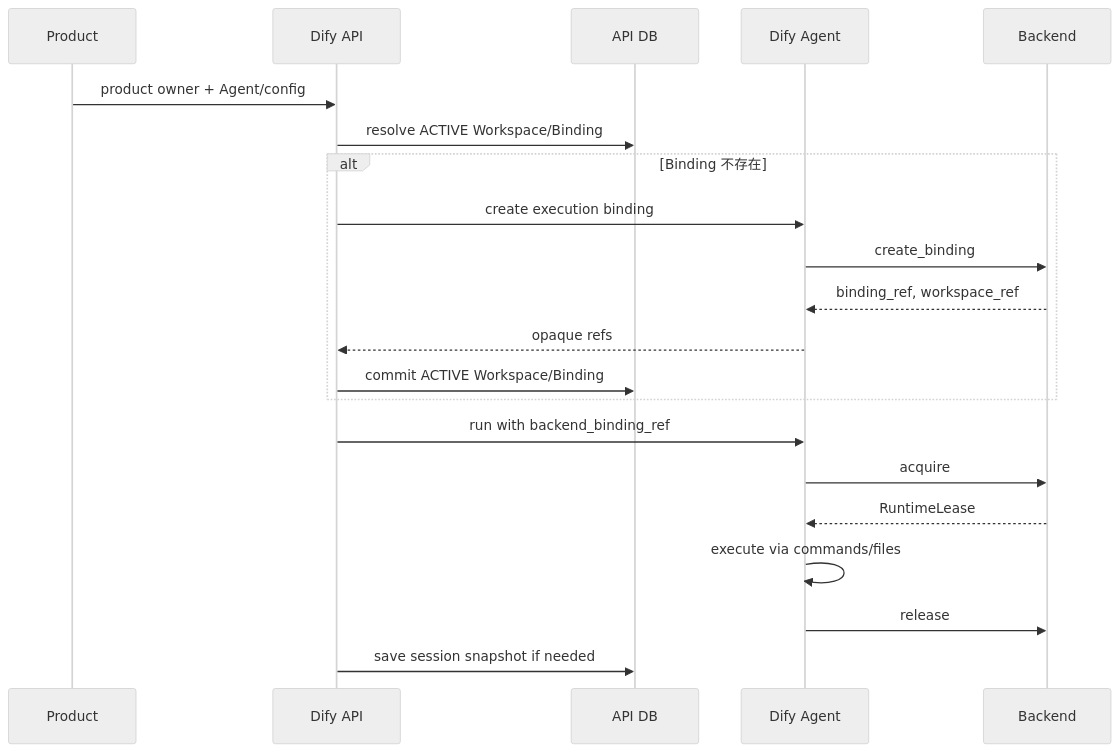
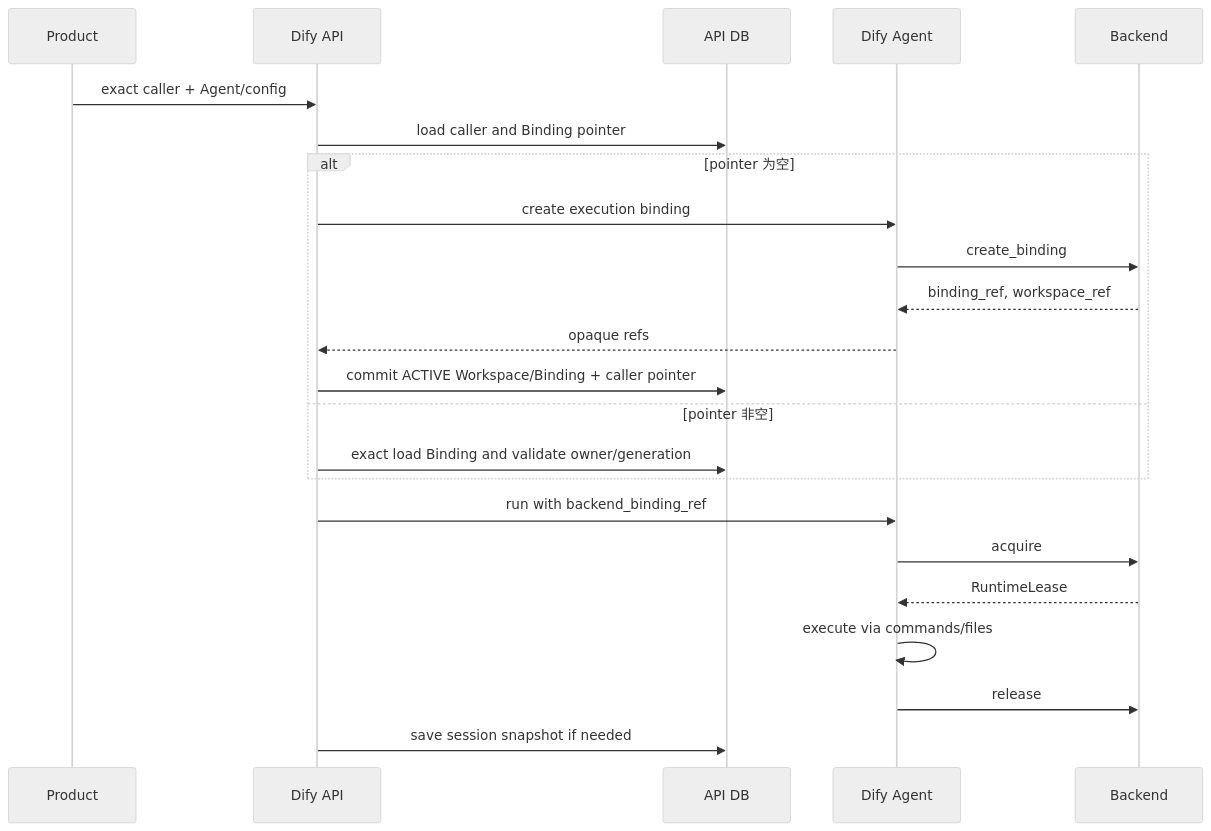
One commit to langgenius/dify changed the fourth of 4 diagrams in .context/docs/260723-agent-working-environment-architecture-doc.md. Above: the diagram before and after it, drawn with Mermaid (neutral theme). The commit also changed other lines of this file and 67 other files, not shown here.

````diff
--- a/.context/docs/260723-agent-working-environment-architecture-doc.md
+++ b/.context/docs/260723-agent-working-environment-architecture-doc.md
@@ -598,24 +625,26 @@
 ```mermaid
 sequenceDiagram
     participant Product
     participant API as Dify API
     participant DB as API DB
     participant Agent as Dify Agent
     participant Backend
 
-    Product->>API: product owner + Agent/config
-    API->>DB: resolve ACTIVE Workspace/Binding
-    alt Binding 不存在
+    Product->>API: exact caller + Agent/config
+    API->>DB: load caller and Binding pointer
+    alt pointer 为空
         API->>Agent: create execution binding
         Agent->>Backend: create_binding
         Backend-->>Agent: binding_ref, workspace_ref
         Agent-->>API: opaque refs
-        API->>DB: commit ACTIVE Workspace/Binding
+        API->>DB: commit ACTIVE Workspace/Binding + caller pointer
+    else pointer 非空
+        API->>DB: exact load Binding and validate owner/generation
     end
     API->>Agent: run with backend_binding_ref
     Agent->>Backend: acquire
     Backend-->>Agent: RuntimeLease
     Agent->>Agent: execute via commands/files
     Agent->>Backend: release
     API->>DB: save session snapshot if needed
 ```
````
